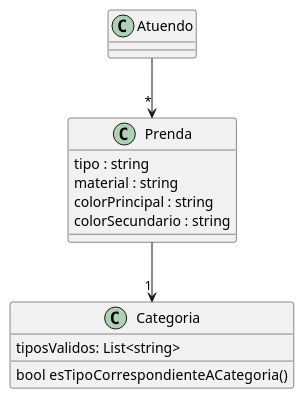
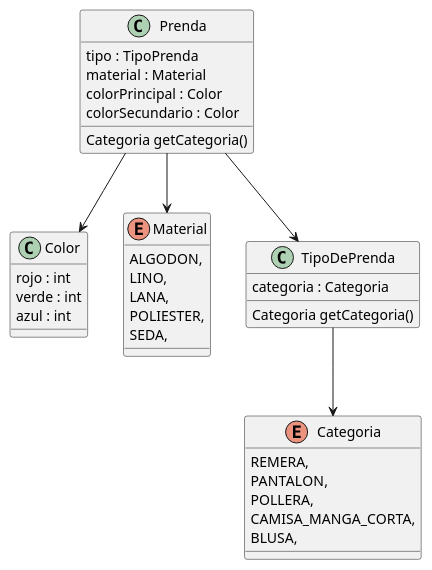
The diagram in diagrama.puml (mbeorlegui/que-me-pongo), drawn with PlantUML before and after one commit. The commit also changed 1 other file, not shown here.

Commit message:
Agrego diagrama actualizado y retoques de pseudocodigo

```diff
--- a/diagrama.puml
+++ b/diagrama.puml
@@ -1,20 +1,49 @@
 @startuml QMP1
 
 class Prenda {
-  tipo : string
-  material : string
-  colorPrincipal : string
-  colorSecundario : string
+  tipo : TipoPrenda
+  material : Material
+  colorPrincipal : Color
+  colorSecundario : Color
+
+  Categoria getCategoria()
 }
 
-class Categoria {
-  tiposValidos: List<string>
-  bool  esTipoCorrespondienteACategoria()
+
+class Color {
+  rojo : int
+  verde : int
+  azul : int 
 }
 
-Prenda --> "1" Categoria
+enum Categoria{
+  REMERA, 
+  PANTALON, 
+  POLLERA, 
+  CAMISA_MANGA_CORTA, 
+  BLUSA,
+}
 
-class Atuendo
+enum Material {
+  ALGODON,
+  LINO,
+  LANA,
+  POLIESTER,
+  SEDA,
+}
 
-Atuendo --> "*" Prenda
+class TipoDePrenda {
+  categoria : Categoria  
+  
+  Categoria getCategoria()
+}
+
+Prenda --> Material
+Prenda --> TipoDePrenda
+Prenda --> Color
+TipoDePrenda --> Categoria
+' Prenda conoce su Material
+' Prenda --> "1" Categoria
+
+
 @enduml
```
